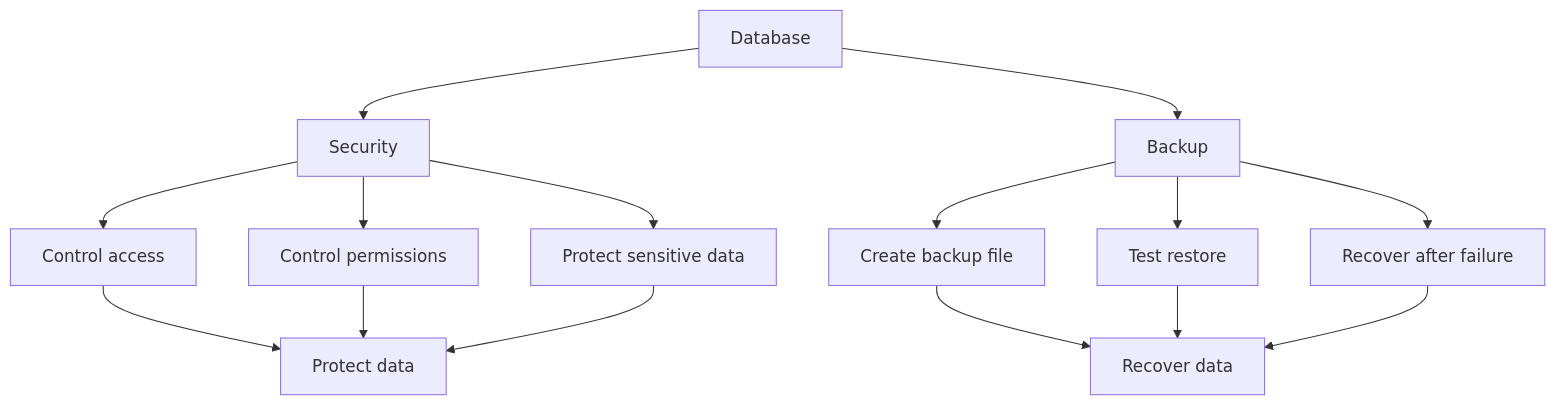
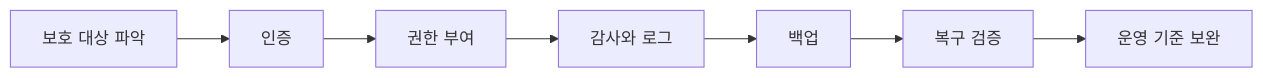
One commit to GilbertMoon/ai-database-book changed the diagram in images/chapter11/ch11_01_security_backup_overview.mmd. Above: the diagram before and after it, drawn with Mermaid. The commit also changed 47 other files, not shown here.

Commit message:
Revise Chapters 10 and 11 content and diagrams

```diff
--- a/images/chapter11/ch11_01_security_backup_overview.mmd
+++ b/images/chapter11/ch11_01_security_backup_overview.mmd
@@ -1,19 +1,7 @@
-flowchart TB
-    A[Database] --> B[Security]
-    A --> C[Backup]
-
-    B --> B1[Control access]
-    B --> B2[Control permissions]
-    B --> B3[Protect sensitive data]
-
-    C --> C1[Create backup file]
-    C --> C2[Test restore]
-    C --> C3[Recover after failure]
-
-    B1 --> D[Protect data]
-    B2 --> D
-    B3 --> D
-
-    C1 --> E[Recover data]
-    C2 --> E
-    C3 --> E
+flowchart LR
+    A[보호 대상 파악] --> B[인증]
+    B --> C[권한 부여]
+    C --> D[감사와 로그]
+    D --> E[백업]
+    E --> F[복구 검증]
+    F --> G[운영 기준 보완]
```
